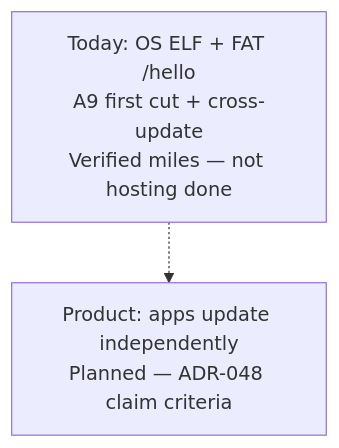
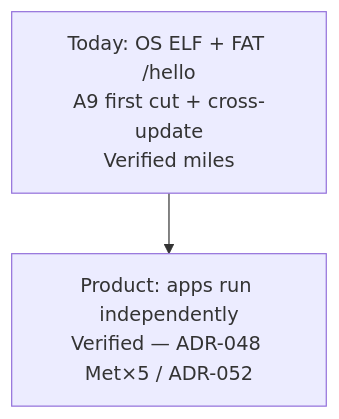
One commit to artofdream/ctos changed the first of 2 diagrams in docs/overview/hosting-apps.md. Above: the diagram before and after it, drawn with Mermaid. The commit also changed other lines of this file and 23 other files, not shown here.

First line of the commit message:
docs: ADR-048 #5 sponsor accept — product app hosting Verified

````diff
--- a/docs/overview/hosting-apps.md
+++ b/docs/overview/hosting-apps.md
@@ -15,6 +15,6 @@
 ```mermaid
 flowchart TD
-  TODAY["Today: OS ELF + FAT /hello<br/>A9 first cut + cross-update<br/>Verified miles — not hosting done"]
-  LATER["Product: apps update independently<br/>Planned — ADR-048 claim criteria"]
-  TODAY -.-> LATER
+  TODAY["Today: OS ELF + FAT /hello<br/>A9 first cut + cross-update<br/>Verified miles"]
+  CLAIM["Product: apps run independently<br/>Verified — ADR-048 Met×5 / ADR-052"]
+  TODAY --> CLAIM
 ```
````
